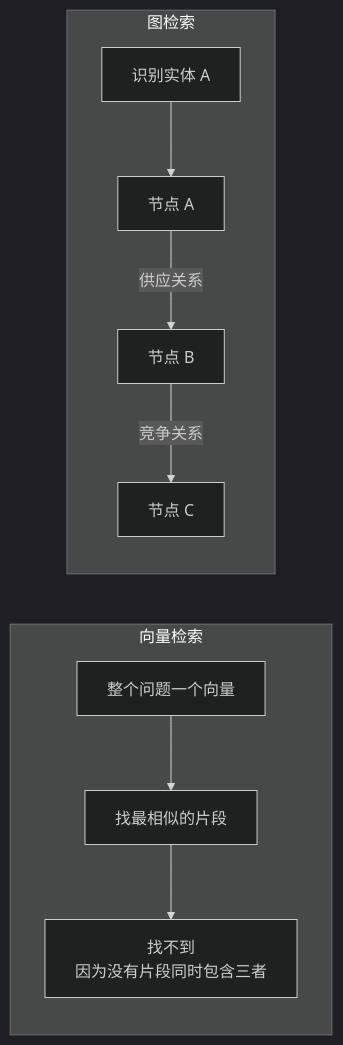
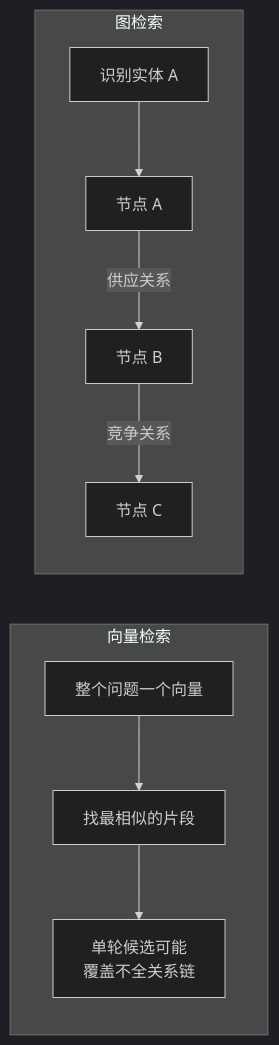
Before and after one commit to oneleaveknowsthefall/awesome-ai-roadmap: the first of 3 diagrams in docs/rag/04-advanced/16-graphrag.md, drawn with Mermaid (dark theme). The commit also changed other lines of this file and 61 other files, not shown here.

````diff
--- a/docs/rag/04-advanced/16-graphrag.md
+++ b/docs/rag/04-advanced/16-graphrag.md
@@ -17,12 +21,12 @@
 ```mermaid
 flowchart LR
     subgraph 向量检索
         Q1[整个问题一个向量] --> M1[找最相似的片段]
-        M1 --> F1[找不到<br/>因为没有片段同时包含三者]
+        M1 --> F1[单轮候选可能<br/>覆盖不全关系链]
     end
     subgraph 图检索
         Q2[识别实体 A] --> N1[节点 A]
         N1 -->|供应关系| N2[节点 B]
         N2 -->|竞争关系| N3[节点 C]
     end
 ```
````
